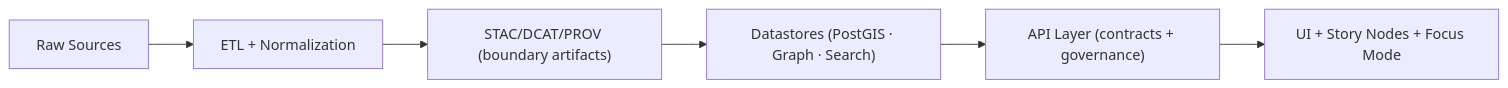
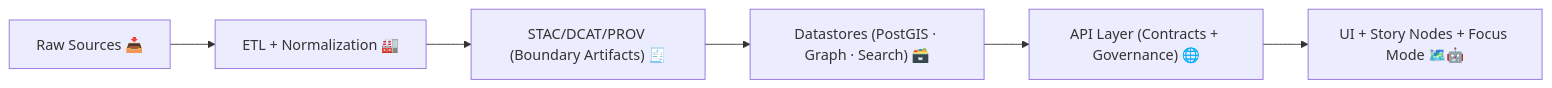
The diagram in api/scripts/README.md (bartytime4life/Kansas-Frontier-Matrix), drawn with Mermaid before and after one commit. The commit also changed other lines of this file, not shown here.

````diff
--- a/api/scripts/README.md
+++ b/api/scripts/README.md
@@ -35,8 +66,8 @@
 ```mermaid
 flowchart LR
-  A["Raw Sources"] --> B["ETL + Normalization"]
-  B --> C["STAC/DCAT/PROV (boundary artifacts)"]
-  C --> D["Datastores (PostGIS · Graph · Search)"]
-  D --> E["API Layer (contracts + governance)"]
-  E --> F["UI + Story Nodes + Focus Mode"]
+  A["Raw Sources 📥"] --> B["ETL + Normalization 🏭"]
+  B --> C["STAC/DCAT/PROV (Boundary Artifacts) 🧾"]
+  C --> D["Datastores (PostGIS · Graph · Search) 🗃️"]
+  D --> E["API Layer (Contracts + Governance) 🌐"]
+  E --> F["UI + Story Nodes + Focus Mode 🗺️🤖"]
 ```
````
